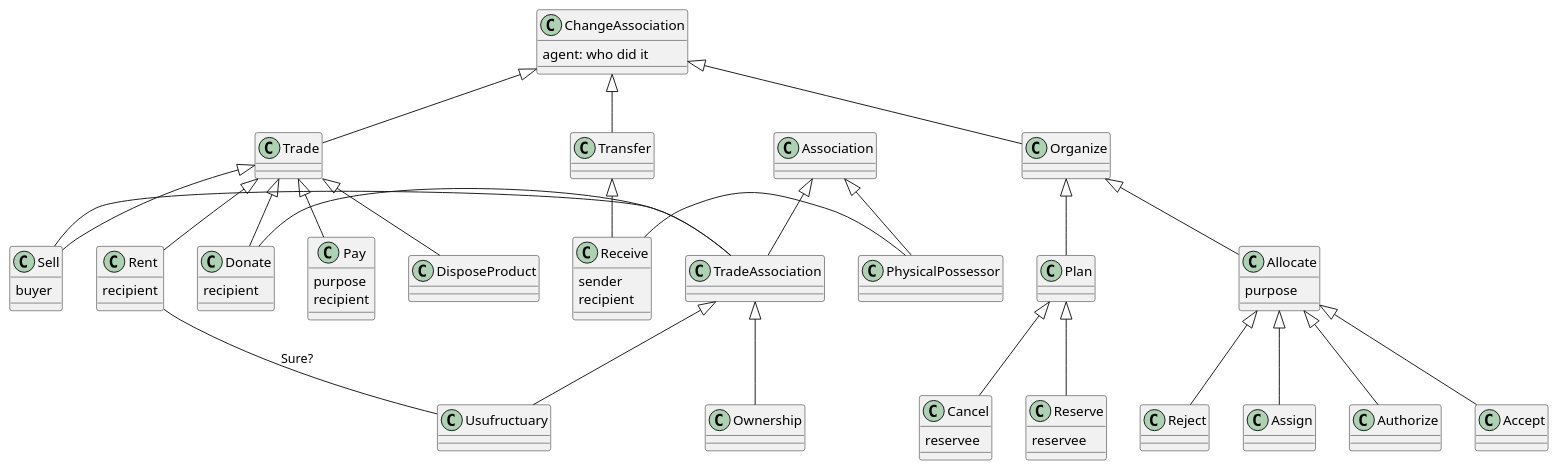
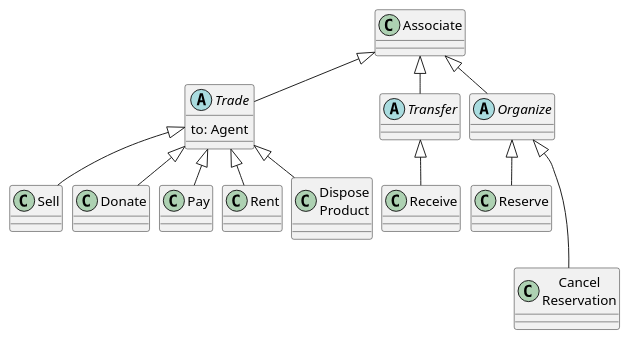
Before and after one commit to eReuse/devicehub-teal: the diagram in docs/association-events.puml, drawn with PlantUML. The commit also changed 74 other files, not shown here.

```diff
--- a/docs/association-events.puml
+++ b/docs/association-events.puml
@@ -1,72 +1,25 @@
 @startuml
-ChangeAssociation <|-- Organize
-ChangeAssociation <|-- Transfer
-Organize <|-- Plan
-Organize <|-- Allocate
-Allocate <|-- Accept
-Allocate <|-- Reject
-Allocate <|-- Assign
-Allocate <|-- Authorize
-Plan <|-- Reserve
-Plan <|-- Cancel
+skinparam nodesep 10
+skinparam ranksep 30
+
+abstract class Trade {
+    to: Agent
+}
+abstract class Transfer
+abstract class Organize
+
+
+"Associate" <|-- Organize
+"Associate" <|-- Transfer
+Organize <|-- Reserve
+Organize <|--- "Cancel\nReservation"
 Transfer <|-- Receive
-ChangeAssociation <|-- Trade
+"Associate" <|-- Trade
 Trade <|-- Sell
 Trade <|-- Donate
 Trade <|-- Pay
 Trade <|-- Rent
-Trade <|-- DisposeProduct
-
-class ChangeAssociation {
-    agent: who did it
-}
-
-class Receive {
-    sender
-    recipient
-}
-
-class Reserve {
-    reservee
-}
-
-class Cancel {
-    reservee
-}
-
-class Trade {
-
-}
-
-class Allocate {
-    purpose
-}
-
-class Sell {
-    buyer
-}
-
-class Donate {
-    recipient
-}
-
-class Pay {
-    purpose
-    recipient
-}
-
-class Rent {
-    recipient
-}
+Trade <|-- "Dispose\nProduct"
 
 
-Association <|-- PhysicalPossessor
-Association <|-- TradeAssociation
-TradeAssociation <|-- Usufructuary
-TradeAssociation <|-- Ownership
-
-Sell - TradeAssociation
-Donate - TradeAssociation
-Rent -- Usufructuary : Sure?
-Receive - PhysicalPossessor
 @enduml
```
